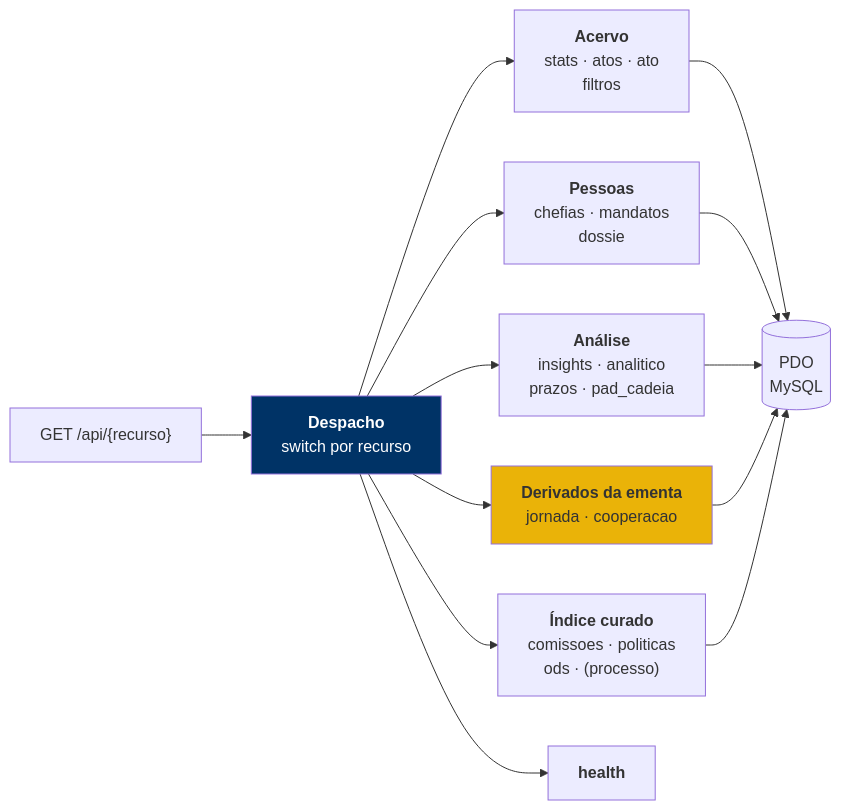
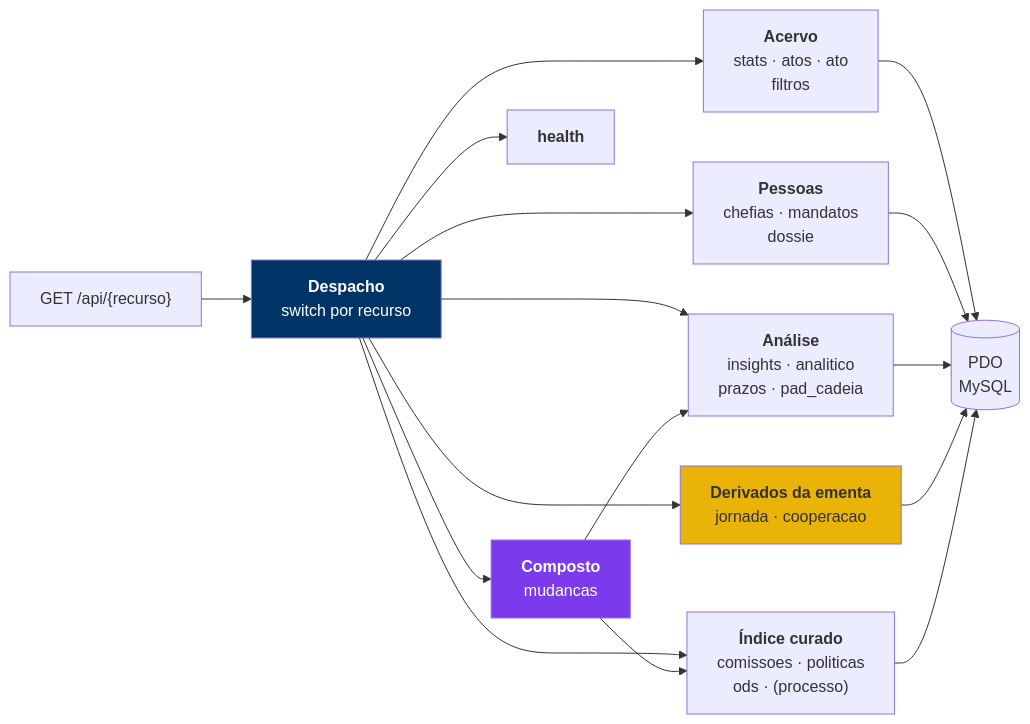
The third of 5 diagrams in docs/ARQUITETURA-C4.md (estudio-max/Portal-de-Normas-e-atos-da-UFF), drawn with Mermaid before and after one commit. The commit also changed other lines of this file and 1 other file, not shown here.

````diff
--- a/docs/ARQUITETURA-C4.md
+++ b/docs/ARQUITETURA-C4.md
@@ -116,20 +116,24 @@
 ```mermaid
 flowchart LR
     req["GET /api/{recurso}"] --> disp["<b>Despacho</b><br/>switch por recurso"]
 
     disp --> acervo["<b>Acervo</b><br/>stats · atos · ato<br/>filtros"]
     disp --> pessoas["<b>Pessoas</b><br/>chefias · mandatos<br/>dossie"]
     disp --> analise["<b>Análise</b><br/>insights · analitico<br/>prazos · pad_cadeia"]
     disp --> ementa["<b>Derivados da ementa</b><br/>jornada · cooperacao"]
     disp --> curado["<b>Índice curado</b><br/>comissoes · politicas<br/>ods · (processo)"]
+    disp --> composto["<b>Composto</b><br/>mudancas"]
     disp --> saude["<b>health</b>"]
 
     acervo --> pdo[("PDO<br/>MySQL")]
     pessoas --> pdo
     analise --> pdo
     ementa --> pdo
     curado --> pdo
+    composto --> curado
+    composto --> analise
 
     style disp fill:#003366,color:#fff
     style ementa fill:#EAB308
+    style composto fill:#7C3AED,color:#fff
 ```
````
